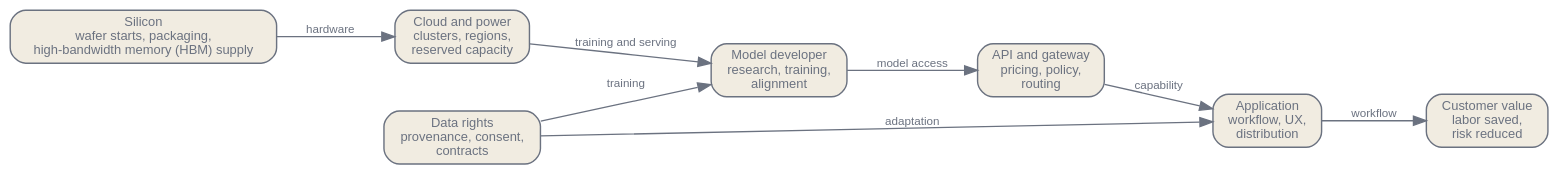
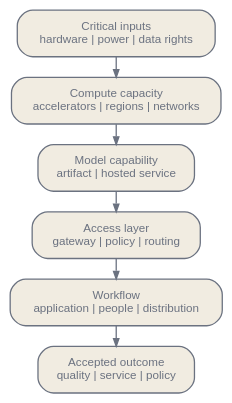
One commit to latere-ai/ai-as-an-infrastructure changed the first of 2 diagrams in en/ecosystem/05-market-structure.qmd. Above: the diagram before and after it, drawn with Graphviz. The commit also changed other lines of this file and 3 other files, not shown here.

Commit message:
docs: rewrite AI value chain

````diff
--- a/en/ecosystem/05-market-structure.qmd
+++ b/en/ecosystem/05-market-structure.qmd
@@ -22,27 +24,21 @@
 ```{dot}
 //| label: fig-market-structure-chain
-//| fig-cap: "The AI value chain as a constraint chain. A downstream application sees one API, but the constraints upstream are physical, financial, legal, and operational."
+//| fig-cap: "Technical dependencies in a deployed AI capability. Boxes are not market boundaries, and some deployments bypass a box."
 digraph ai_value_chain {
   bgcolor="transparent";
-  rankdir=LR;
-  nodesep=0.38; ranksep=0.55;
-  node [shape=box, style="rounded,filled", fontname="Helvetica", fontsize=10, color="#6b7280", fontcolor="#6b7280", fillcolor="#f1ece1", penwidth=1.1];
-  edge [fontsize=9, fontname="Helvetica", color="#6b7280", fontcolor="#6b7280"];
-
-  silicon [label="Silicon\nwafer starts, packaging,\nhigh-bandwidth memory (HBM) supply"];
-  cloud [label="Cloud and power\nclusters, regions,\nreserved capacity"];
-  lab [label="Model developer\nresearch, training,\nalignment"];
-  api [label="API and gateway\npricing, policy,\nrouting"];
-  app [label="Application\nworkflow, UX,\ndistribution"];
-  data [label="Data rights\nprovenance, consent,\ncontracts"];
-  customer [label="Customer value\nlabor saved,\nrisk reduced"];
-
-  silicon -> cloud [label="hardware"];
-  cloud -> lab [label="training and serving"];
-  lab -> api [label="model access"];
-  api -> app [label="capability"];
-  data -> lab [label="training"];
-  data -> app [label="adaptation"];
-  app -> customer [label="workflow"];
+  rankdir=TB;
+  nodesep=0.12;
+  ranksep=0.22;
+  node [shape=box, style="rounded,filled", fontname="Helvetica", fontsize=9,
+        color="#6b7280", fontcolor="#6b7280", fillcolor="#f1ece1",
+        margin="0.10,0.07"];
+  edge [color="#6b7280", arrowsize=0.6];
+  I [label="Critical inputs\nhardware | power | data rights"];
+  C [label="Compute capacity\naccelerators | regions | networks"];
+  M [label="Model capability\nartifact | hosted service"];
+  A [label="Access layer\ngateway | policy | routing"];
+  W [label="Workflow\napplication | people | distribution"];
+  O [label="Accepted outcome\nquality | service | policy"];
+  I -> C -> M -> A -> W -> O;
 }
 ```
````
